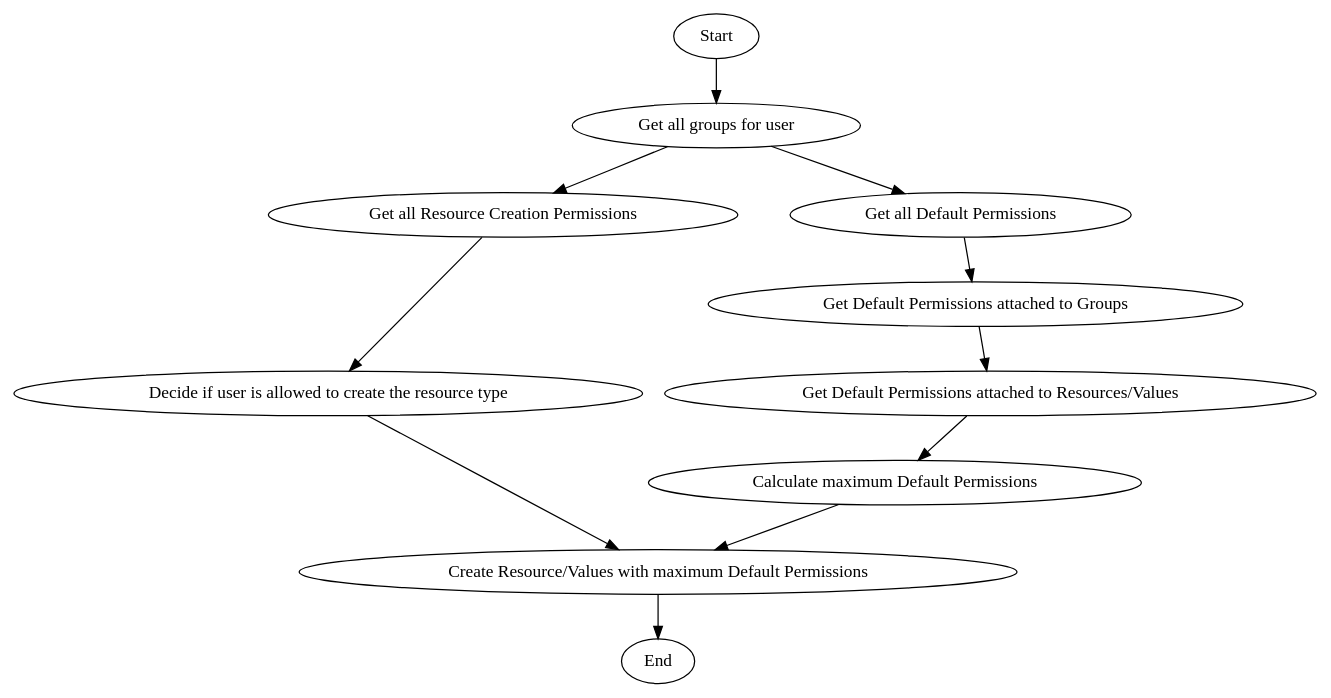
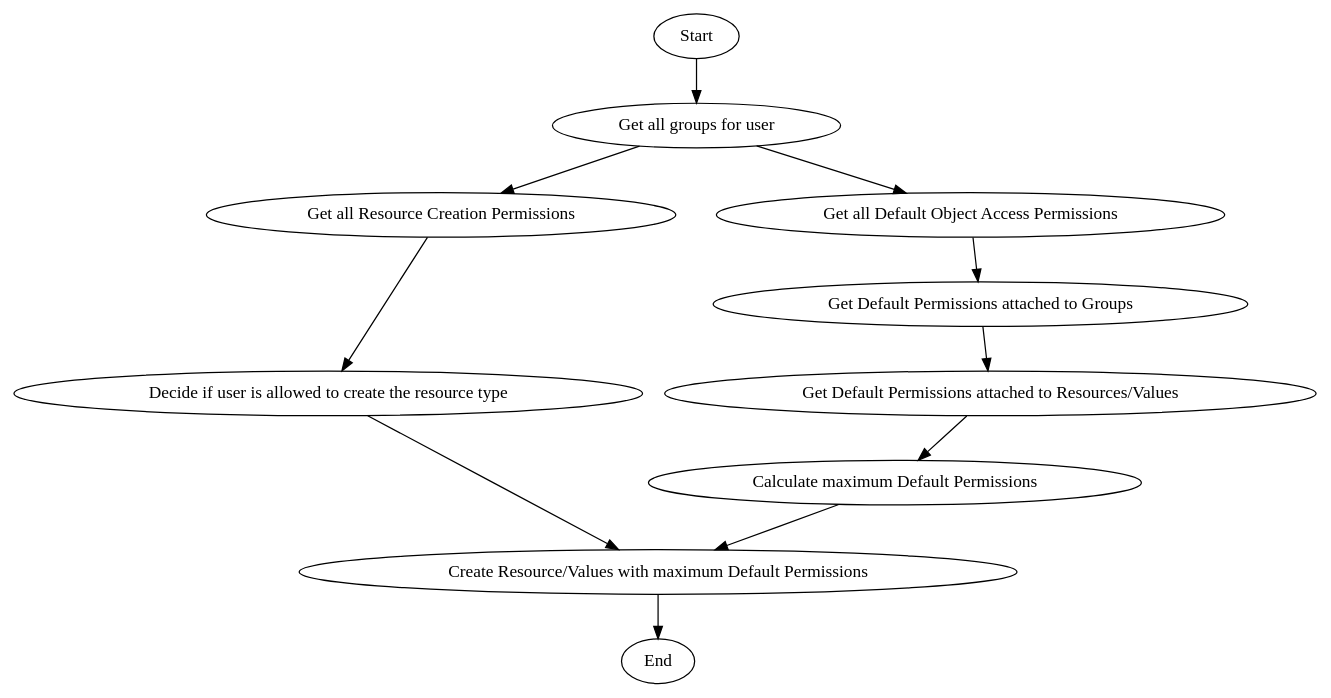
One commit to dasch-swiss/dsp-api changed the first of 7 diagrams in docs/rst/knora-api-server/design-documentation/administration.rst. Above: the diagram before and after it, drawn with Graphviz. The commit also changed other lines of this file, not shown here.

Commit message:
docs (webapi): permissions (ongoing)

```diff
--- a/docs/rst/knora-api-server/design-documentation/administration.rst
+++ b/docs/rst/knora-api-server/design-documentation/administration.rst
@@ -289,32 +289,32 @@
 .. graphviz::
 
    digraph G {
      a [label="Start"];
      
      b [label="Get all groups for user"];
      
      c1 [label="Get all Resource Creation Permissions"];
      c2 [label="Decide if user is allowed to create the resource type"];
      
-     d1 [label="Get all Default Permissions"];
+     d1 [label="Get all Default Object Access Permissions"];
      d2 [label="Get Default Permissions attached to Groups"];
      d3 [label="Get Default Permissions attached to Resources/Values"];
      d4 [label="Calculate maximum Default Permissions"];
      
      e [label="Create Resource/Values with maximum Default Permissions"];
      
      z [label="End"];
      
      a -> b;
      b -> c1;
      c1 -> c2;
      c2 -> e;
      
      b -> d1;
      d1 -> d2;
      d2 -> d3;
      d3 -> d4;
      d4 -> e;
      
      e -> z;
    }
```
